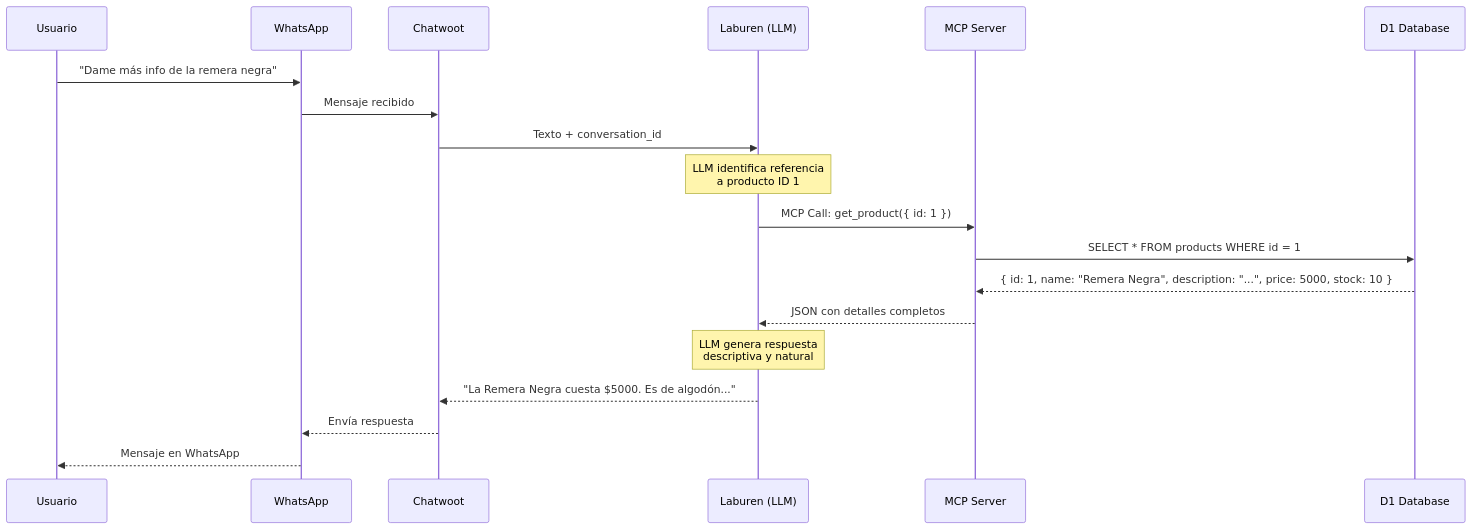
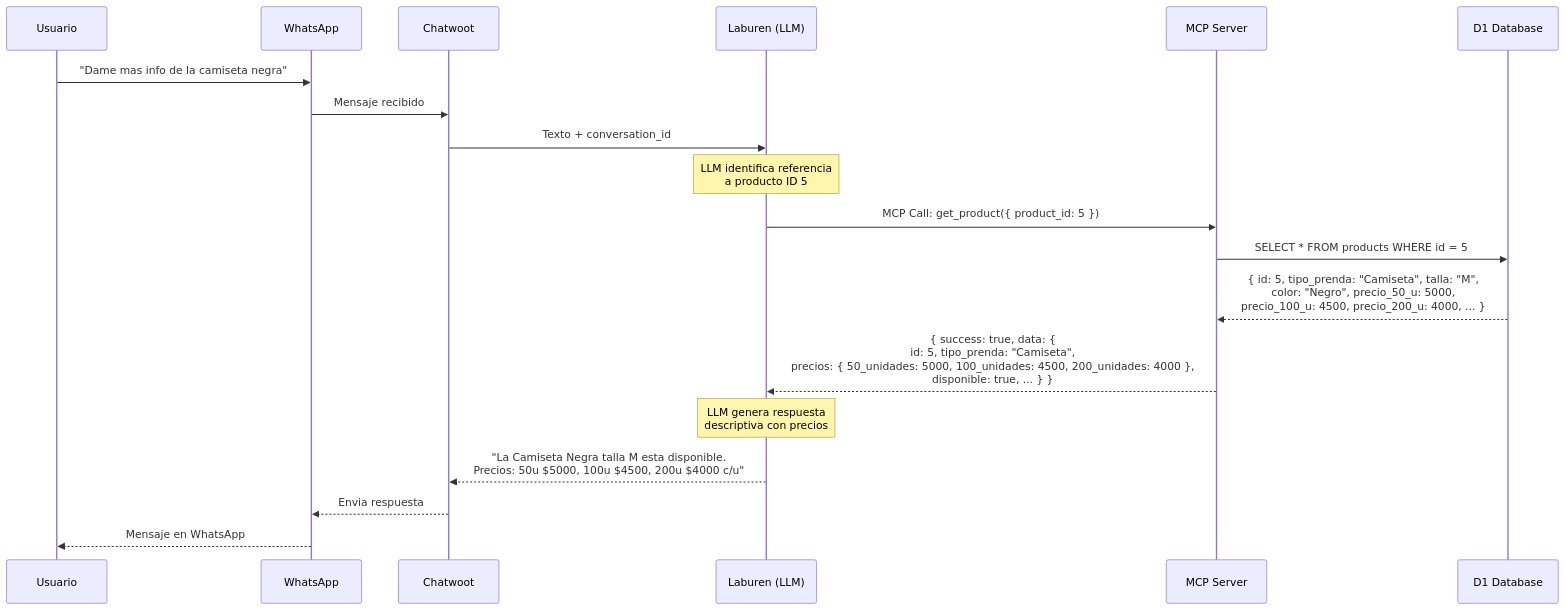
The third of 7 diagrams in docs/flujo-agente.md (ArielDRighi/laburen-challenge), drawn with Mermaid before and after one commit. The commit also changed other lines of this file and 4 other files, not shown here.

First line of the commit message:
fix: Corregir validación de stock acumulado y documentación MCP

````diff
--- a/docs/flujo-agente.md
+++ b/docs/flujo-agente.md
@@ -88,26 +86,26 @@
 ```mermaid
 sequenceDiagram
     participant U as Usuario
     participant W as WhatsApp
     participant C as Chatwoot
     participant L as Laburen (LLM)
     participant M as MCP Server
     participant D as D1 Database
 
-    U->>W: "Dame más info de la remera negra"
+    U->>W: "Dame mas info de la camiseta negra"
     W->>C: Mensaje recibido
     C->>L: Texto + conversation_id
 
-    Note over L: LLM identifica referencia<br/>a producto ID 1
+    Note over L: LLM identifica referencia<br/>a producto ID 5
 
-    L->>M: MCP Call: get_product({ id: 1 })
-    M->>D: SELECT * FROM products WHERE id = 1
-    D-->>M: { id: 1, name: "Remera Negra", description: "...", price: 5000, stock: 10 }
-    M-->>L: JSON con detalles completos
+    L->>M: MCP Call: get_product({ product_id: 5 })
+    M->>D: SELECT * FROM products WHERE id = 5
+    D-->>M: { id: 5, tipo_prenda: "Camiseta", talla: "M",<br/>color: "Negro", precio_50_u: 5000,<br/>precio_100_u: 4500, precio_200_u: 4000, ... }
+    M-->>L: { success: true, data: {<br/>  id: 5, tipo_prenda: "Camiseta",<br/>  precios: { 50_unidades: 5000, 100_unidades: 4500, 200_unidades: 4000 },<br/>  disponible: true, ... } }
 
-    Note over L: LLM genera respuesta<br/>descriptiva y natural
+    Note over L: LLM genera respuesta<br/>descriptiva con precios
 
-    L-->>C: "La Remera Negra cuesta $5000. Es de algodón..."
-    C-->>W: Envía respuesta
+    L-->>C: "La Camiseta Negra talla M esta disponible.<br/>Precios: 50u $5000, 100u $4500, 200u $4000 c/u"
+    C-->>W: Envia respuesta
     W-->>U: Mensaje en WhatsApp
 ```
````
